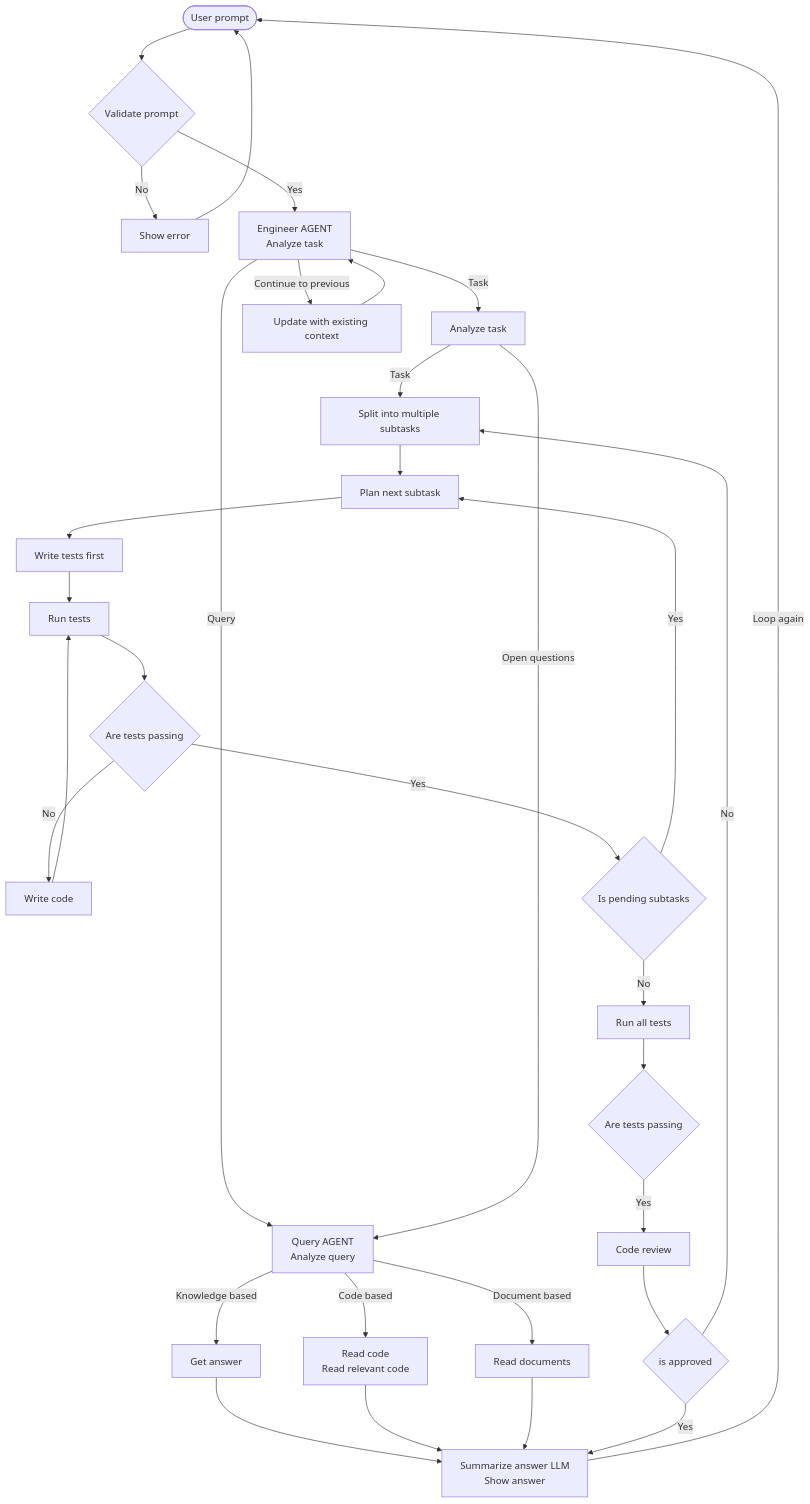
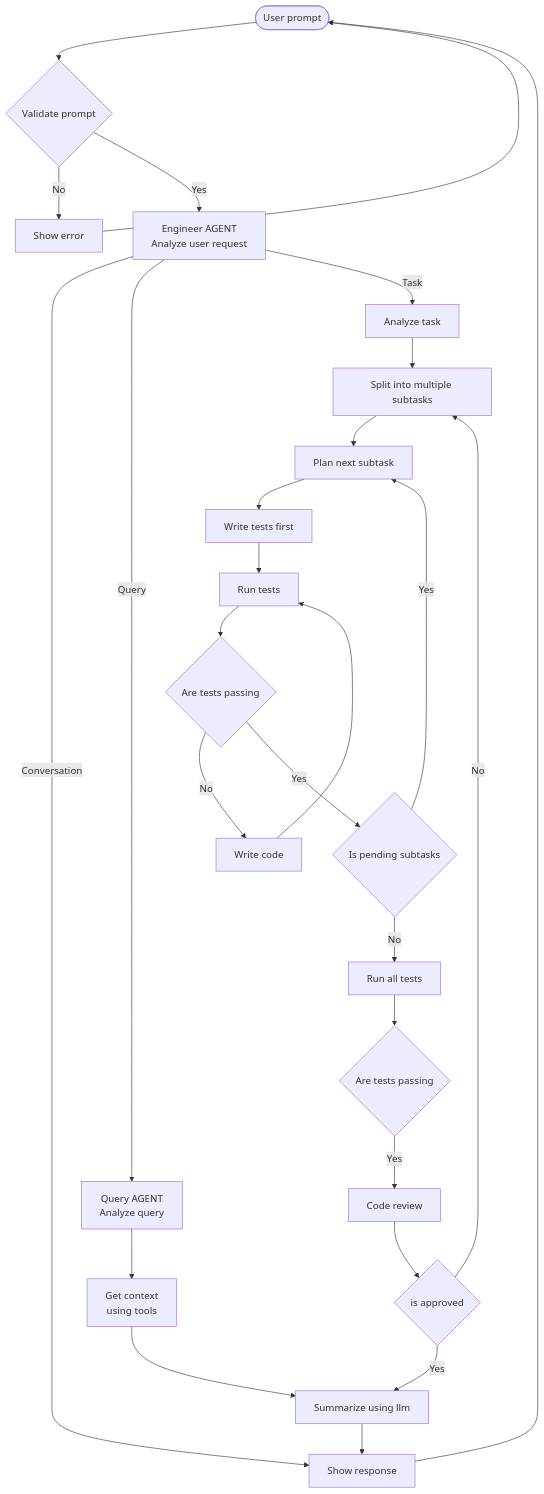
Before and after one commit to shiviraj/agentic-ai: the diagram in FLOWCHART.md, drawn with Mermaid. The commit also changed 22 other files, not shown here.

Commit message:
Add conversation flow

````diff
--- a/FLOWCHART.md
+++ b/FLOWCHART.md
@@ -3,35 +3,29 @@
 ```mermaid
 flowchart TD
     A([User prompt]) --> B{Validate prompt}
     B -- No --> C[Show error]
     C --> A
-    B -- Yes --> D[Engineer AGENT<br/>Analyze task]
+    B -- Yes --> D[Engineer AGENT<br/>Analyze user request]
+    D -- Conversation --> I[Show response]
+    I --> A
     D -- Query --> E[Query AGENT<br/> Analyze query]
-    E -- Knowledge based --> F[Get answer]
-    F --> G[Summarize answer LLM<br/>Show answer]
-    G -- Loop again --> A
-    E -- Code based --> H[Read code<br/>Read relevant code]
-    H --> G
-    E -- Document based --> J[Read documents]
-    J --> G
+    E --> H[Get context<br/>using tools]
+    H --> J[Summarize using llm]
+    J --> I
     D -- Task --> V[Analyze task]
-    V -- Task --> K[Split into multiple subtasks]
-    V -- Open questions --> E
+    V --> K[Split into multiple subtasks]
     K --> L[Plan next subtask]
     L --> M[Write tests first]
     M --> N[Run tests]
     N --> O{Are tests passing}
     O -- No --> P[Write code]
     P --> N
     O -- Yes --> Q{Is pending subtasks}
     Q -- Yes --> L
     Q -- No --> R[Run all tests]
     R --> S{Are tests passing}
     S -- Yes --> T[Code review]
     T --> U{is approved}
-    U -- Yes --> G
+    U -- Yes --> J
     U -- No --> K
-
-    D -- Continue to previous --> W[Update with existing context]
-    W --> D
 ```
````
